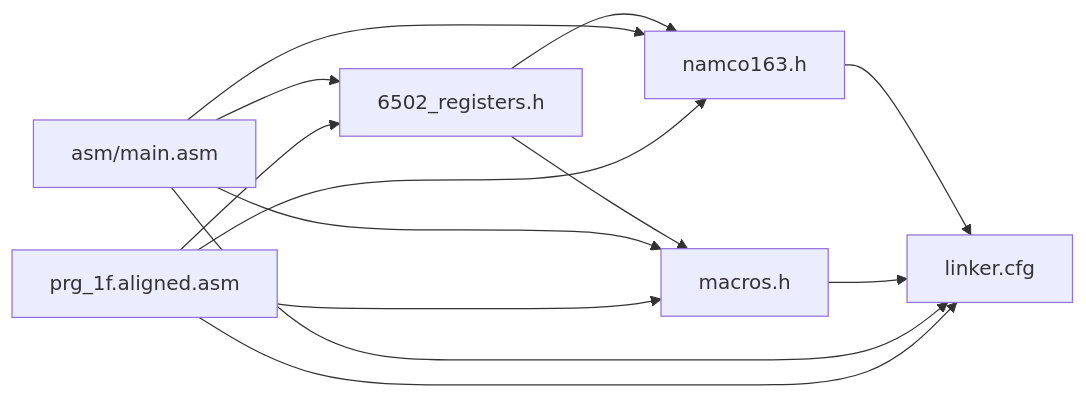
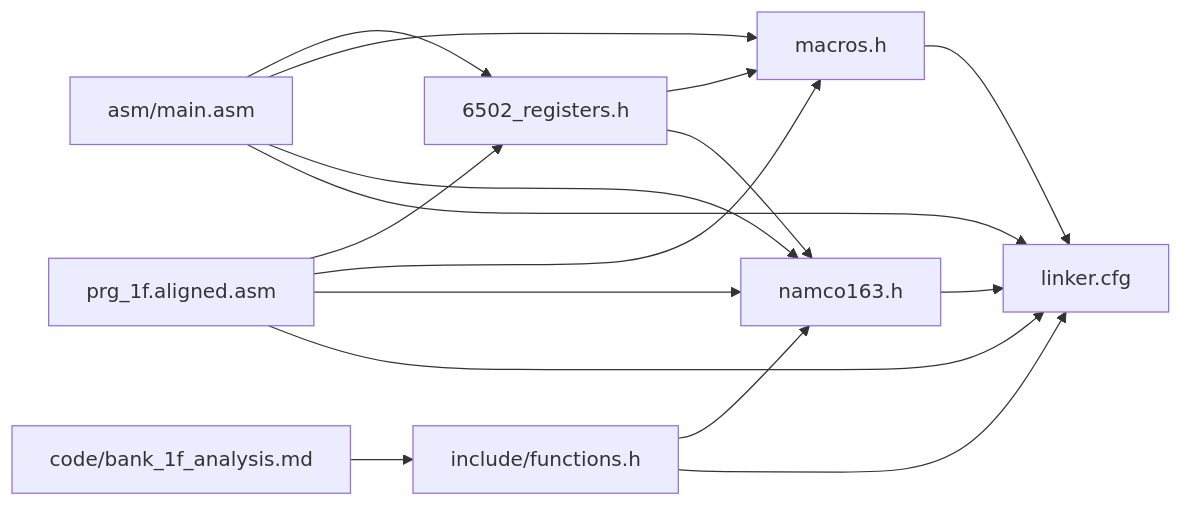
One commit to rabbyzero/sango2dasm changed the fifth of 5 diagrams in .qoder/repowiki/en/content/Hardware Abstraction Layer/Hardware Abstraction Layer.md. Above: the diagram before and after it, drawn with Mermaid. The commit also changed other lines of this file and 21 other files, not shown here.

Commit message:
comment aligned. bank $17 $18 parsing.

````diff
--- a/.qoder/repowiki/en/content/Hardware Abstraction Layer/Hardware Abstraction Layer.md
+++ b/.qoder/repowiki/en/content/Hardware Abstraction Layer/Hardware Abstraction Layer.md
@@ -352,15 +374,18 @@
 ```mermaid
 graph LR
 REGDEF["6502_registers.h"] --> MACROS["macros.h"]
 REGDEF --> NAMCO["namco163.h"]
 NAMCO --> LINKCFG["linker.cfg"]
 MACROS --> LINKCFG
 MAIN["asm/main.asm"] --> REGDEF
 MAIN --> MACROS
 MAIN --> NAMCO
 MAIN --> LINKCFG
-BANKMGR["prg_1f.aligned.asm"] --> REGDEF
-BANKMGR --> MACROS
-BANKMGR --> NAMCO
-BANKMGR --> LINKCFG
+SOUND["prg_1f.aligned.asm"] --> REGDEF
+SOUND --> MACROS
+SOUND --> NAMCO
+SOUND --> LINKCFG
+HELPERS["include/functions.h"] --> NAMCO
+HELPERS --> LINKCFG
+ANALYSIS["code/bank_1f_analysis.md"] --> HELPERS
 ```
````
